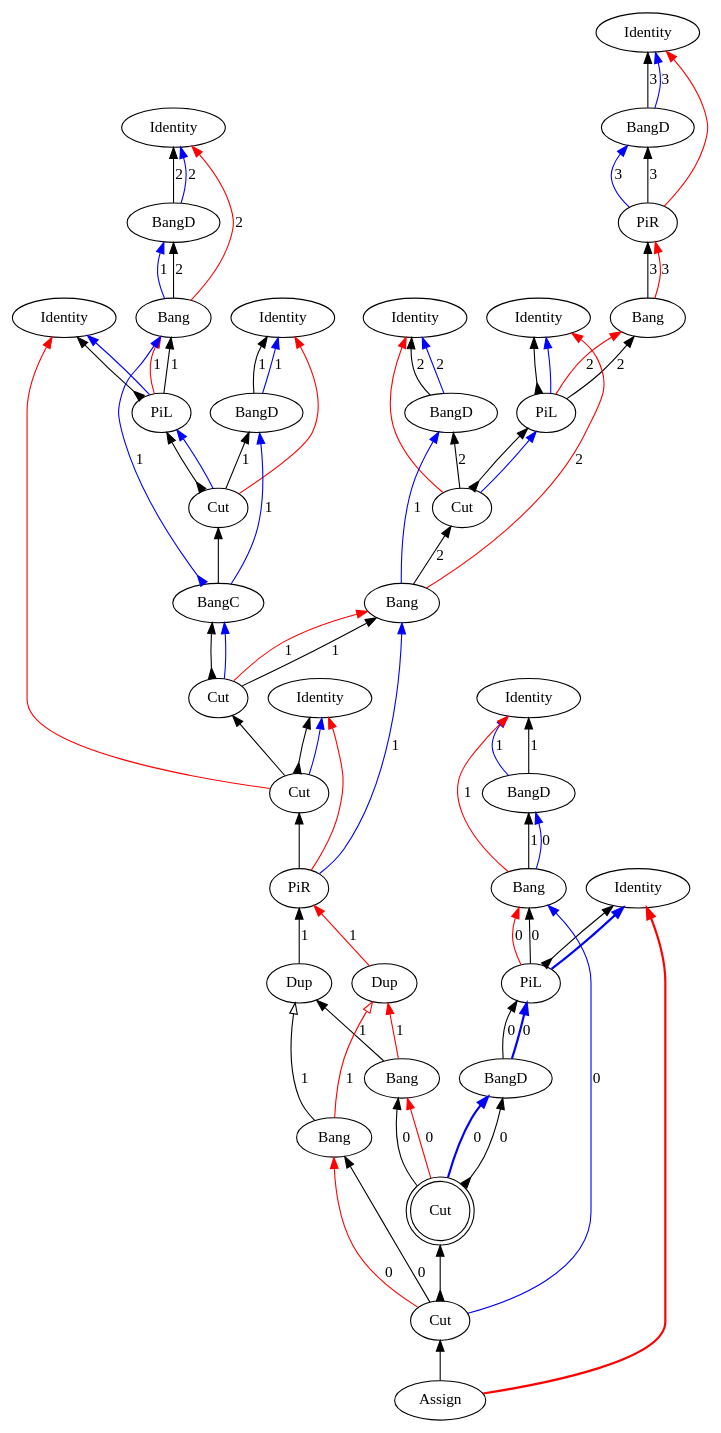
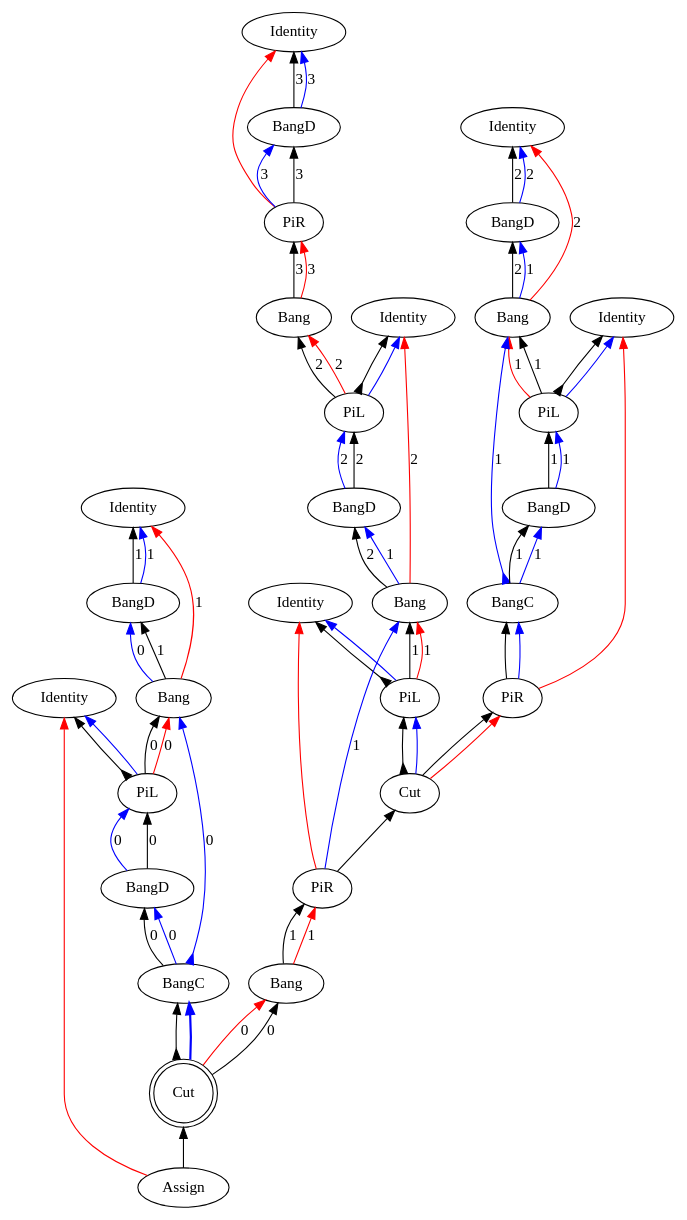
One commit to Mathnerd314/stroscot changed the diagram in src/core/graphs/example_m_5.dot. Above: the diagram before and after it, drawn with Graphviz. The commit also changed 88 other files, not shown here.

```diff
--- a/src/core/graphs/example_m_5.dot
+++ b/src/core/graphs/example_m_5.dot
@@ -6,110 +6,94 @@
 "Bang3" [label="Bang"]
 "Identity4" [label="Identity"]
 "PiL5" [label="PiL"]
-"Identity6" [label="Identity"]
-"BangD7" [label="BangD"]
-"Cut8" [label="Cut"]
-"Bang9" [label="Bang"]
+"BangD6" [label="BangD"]
+"Bang7" [label="Bang"]
+"Identity8" [label="Identity"]
+"PiL9" [label="PiL"]
 "Identity10" [label="Identity"]
-"Identity11" [label="Identity"]
-"BangD12" [label="BangD"]
-"Bang13" [label="Bang"]
-"Identity14" [label="Identity"]
-"PiL15" [label="PiL"]
-"Identity16" [label="Identity"]
-"BangD17" [label="BangD"]
+"BangD11" [label="BangD"]
+"Bang12" [label="Bang"]
+"Identity13" [label="Identity"]
+"PiL14" [label="PiL"]
+"BangD15" [label="BangD"]
+"BangC16" [label="BangC"]
+"PiR17" [label="PiR"]
 "Cut18" [label="Cut"]
-"BangC19" [label="BangC"]
-"PiR20" [label="PiR"]
+"PiR19" [label="PiR"]
+"Bang20" [label="Bang"]
 "Identity21" [label="Identity"]
 "BangD22" [label="BangD"]
 "Bang23" [label="Bang"]
 "Identity24" [label="Identity"]
 "PiL25" [label="PiL"]
 "BangD26" [label="BangD"]
-"Assign27" [label="Assign"]
-"Cut28" [label="Cut"]
-"Cut29" [label="Cut"]
-"Dup30" [label="Dup"]
-"Dup31" [label="Dup"]
-"Bang32" [label="Bang"]
-"Bang33" [label="Bang"]
-"Cut34" [label="Cut",shape=doublecircle]
-"Cut35" [label="Cut"]
+"BangC27" [label="BangC"]
+"Assign28" [label="Assign"]
+"Cut29" [label="Cut",shape=doublecircle]
 "Bang23" -> "BangD22"[color=black,weight=5,tooltip="c_bseq24",label="1",arrowhead=normal,arrowtail=none,dir=both]
-"Dup30" -> "PiR20"[color=black,weight=5,tooltip="c_bseq32",label="1",arrowhead=normal,arrowtail=none,dir=both]
-"Bang13" -> "BangD12"[color=black,weight=5,tooltip="c_bseq58",label="2",arrowhead=normal,arrowtail=none,dir=both]
-"Bang9" -> "Cut8"[color=black,weight=5,tooltip="c_bseq67",label="2",arrowhead=normal,arrowtail=none,dir=both]
+"Bang20" -> "PiR19"[color=black,weight=5,tooltip="c_bseq32",label="1",arrowhead=normal,arrowtail=none,dir=both]
+"Bang12" -> "BangD11"[color=black,weight=5,tooltip="c_bseq58",label="2",arrowhead=normal,arrowtail=none,dir=both]
+"Bang7" -> "BangD6"[color=black,weight=5,tooltip="c_bseq67",label="2",arrowhead=normal,arrowtail=none,dir=both]
 "Bang3" -> "PiR2"[color=black,weight=5,tooltip="c_bseq79",label="3",arrowhead=normal,arrowtail=none,dir=both]
-"Bang32" -> "Dup30"[color=black,weight=5,tooltip="c_bseq87",label="1",arrowhead=normal,arrowtail=none,dir=both]
-"Bang33" -> "Dup30"[color=black,weight=5,tooltip="c_bseq91",label="1",arrowhead=onormal,arrowtail=none,dir=both]
-"Cut18" -> "PiL15"[color=black,weight=5,tooltip="c_lseq46",arrowhead=normal,arrowtail=inv,dir=both]
-"Cut8" -> "PiL5"[color=black,weight=5,tooltip="c_lseq68",arrowhead=normal,arrowtail=inv,dir=both]
-"Cut18" -> "BangD17"[color=black,weight=5,tooltip="c_rseq47",label="1",arrowhead=normal,arrowtail=none,dir=both]
-"Cut8" -> "BangD7"[color=black,weight=5,tooltip="c_rseq69",label="2",arrowhead=normal,arrowtail=none,dir=both]
+"Cut18" -> "PiL9"[color=black,weight=5,tooltip="c_lseq36",arrowhead=normal,arrowtail=inv,dir=both]
+"Cut18" -> "PiR17"[color=black,weight=5,tooltip="c_rseq37",arrowhead=normal,arrowtail=none,dir=both]
 "PiL25" -> "Bang23"[color=black,weight=5,tooltip="dseq20",label="0",arrowhead=normal,arrowtail=none,dir=both]
-"PiL15" -> "Bang13"[color=black,weight=5,tooltip="dseq54",label="1",arrowhead=normal,arrowtail=none,dir=both]
-"Cut28" -> "Bang9"[color=black,weight=5,tooltip="dseq63",label="1",arrowhead=normal,arrowtail=none,dir=both]
+"Cut29" -> "Bang20"[color=black,weight=5,tooltip="dseq29",label="0",arrowhead=normal,arrowtail=none,dir=both]
+"PiL14" -> "Bang12"[color=black,weight=5,tooltip="dseq54",label="1",arrowhead=normal,arrowtail=none,dir=both]
+"PiL9" -> "Bang7"[color=black,weight=5,tooltip="dseq63",label="1",arrowhead=normal,arrowtail=none,dir=both]
 "PiL5" -> "Bang3"[color=black,weight=5,tooltip="dseq76",label="2",arrowhead=normal,arrowtail=none,dir=both]
-"Cut34" -> "Bang32"[color=black,weight=5,tooltip="dseq89",label="0",arrowhead=normal,arrowtail=none,dir=both]
-"Cut35" -> "Bang33"[color=black,weight=5,tooltip="dseq93",label="0",arrowhead=normal,arrowtail=none,dir=both]
-"PiR20" -> "Bang9"[color=blue,weight=2,tooltip="h34",label="1",arrowhead=normal,arrowtail=none,dir=both]
-"Bang9" -> "BangD7"[color=blue,weight=2,tooltip="hf65",label="1",arrowhead=normal,arrowtail=none,dir=both]
-"BangD7" -> "Identity6"[color=blue,weight=2,tooltip="hret73",label="2",arrowhead=normal,arrowtail=none,dir=both]
-"BangD7" -> "Identity6"[color=black,weight=5,tooltip="hseq72",label="2",arrowhead=normal,arrowtail=none,dir=both]
+"PiR19" -> "Bang7"[color=blue,weight=2,tooltip="h34",label="1",arrowhead=normal,arrowtail=none,dir=both]
+"Bang7" -> "BangD6"[color=blue,weight=2,tooltip="hf65",label="1",arrowhead=normal,arrowtail=none,dir=both]
+"BangD6" -> "PiL5"[color=black,weight=5,tooltip="hseq72",label="2",arrowhead=normal,arrowtail=none,dir=both]
 "PiR2" -> "BangD1"[color=blue,weight=2,tooltip="i81",label="3",arrowhead=normal,arrowtail=none,dir=both]
 "PiL25" -> "Identity24"[color=black,weight=5,tooltip="idseq21",arrowhead=normal,arrowtail=inv,dir=both]
-"PiL15" -> "Identity14"[color=black,weight=5,tooltip="idseq55",arrowhead=normal,arrowtail=inv,dir=both]
-"Cut29" -> "Identity10"[color=black,weight=5,tooltip="idseq64",arrowhead=normal,arrowtail=inv,dir=both]
+"PiL14" -> "Identity13"[color=black,weight=5,tooltip="idseq55",arrowhead=normal,arrowtail=inv,dir=both]
+"PiL9" -> "Identity8"[color=black,weight=5,tooltip="idseq64",arrowhead=normal,arrowtail=inv,dir=both]
 "PiL5" -> "Identity4"[color=black,weight=5,tooltip="idseq77",arrowhead=normal,arrowtail=inv,dir=both]
 "BangD1" -> "Identity0"[color=blue,weight=2,tooltip="iret84",label="3",arrowhead=normal,arrowtail=none,dir=both]
 "BangD1" -> "Identity0"[color=black,weight=5,tooltip="iseq83",label="3",arrowhead=normal,arrowtail=none,dir=both]
-"PiL25" -> "Identity24"[color=blue,weight=2,tooltip="lret19",arrowhead=normal,arrowtail=none,penwidth=2,dir=both]
-"PiL15" -> "Identity14"[color=blue,weight=2,tooltip="lret53",arrowhead=normal,arrowtail=none,dir=both]
-"Cut29" -> "Identity10"[color=blue,weight=2,tooltip="lret62",arrowhead=normal,arrowtail=none,dir=both]
+"PiL25" -> "Identity24"[color=blue,weight=2,tooltip="lret19",arrowhead=normal,arrowtail=none,dir=both]
+"PiL14" -> "Identity13"[color=blue,weight=2,tooltip="lret53",arrowhead=normal,arrowtail=none,dir=both]
+"PiL9" -> "Identity8"[color=blue,weight=2,tooltip="lret62",arrowhead=normal,arrowtail=none,dir=both]
 "PiL5" -> "Identity4"[color=blue,weight=2,tooltip="lret75",arrowhead=normal,arrowtail=none,dir=both]
-"BangD26" -> "PiL25"[color=blue,weight=2,tooltip="lval14",label="0",arrowhead=normal,arrowtail=none,penwidth=2,dir=both]
-"Cut18" -> "PiL15"[color=blue,weight=2,tooltip="lval48",arrowhead=normal,arrowtail=none,dir=both]
-"Cut8" -> "PiL5"[color=blue,weight=2,tooltip="lval70",arrowhead=normal,arrowtail=none,dir=both]
+"BangD26" -> "PiL25"[color=blue,weight=2,tooltip="lval14",label="0",arrowhead=normal,arrowtail=none,dir=both]
+"Cut18" -> "PiL9"[color=blue,weight=2,tooltip="lval38",arrowhead=normal,arrowtail=none,dir=both]
+"BangD15" -> "PiL14"[color=blue,weight=2,tooltip="lval48",label="1",arrowhead=normal,arrowtail=none,dir=both]
+"BangD6" -> "PiL5"[color=blue,weight=2,tooltip="lval70",label="2",arrowhead=normal,arrowtail=none,dir=both]
 "PiL25" -> "Bang23"[color=red,weight=2,tooltip="newrret18",label="0",arrowhead=normal,arrowtail=none,dir=both]
-"PiL15" -> "Bang13"[color=red,weight=2,tooltip="newrret52",label="1",arrowhead=normal,arrowtail=none,dir=both]
-"Cut28" -> "Bang9"[color=red,weight=2,tooltip="newrret61",label="1",arrowhead=normal,arrowtail=none,dir=both]
+"Cut29" -> "Bang20"[color=red,weight=2,tooltip="newrret27",label="0",arrowhead=normal,arrowtail=none,dir=both]
+"PiL14" -> "Bang12"[color=red,weight=2,tooltip="newrret52",label="1",arrowhead=normal,arrowtail=none,dir=both]
+"PiL9" -> "Bang7"[color=red,weight=2,tooltip="newrret61",label="1",arrowhead=normal,arrowtail=none,dir=both]
 "PiL5" -> "Bang3"[color=red,weight=2,tooltip="newrret74",label="2",arrowhead=normal,arrowtail=none,dir=both]
-"Cut34" -> "Bang32"[color=red,weight=2,tooltip="newrret90",label="0",arrowhead=normal,arrowtail=none,dir=both]
-"Cut35" -> "Bang33"[color=red,weight=2,tooltip="newrret94",label="0",arrowhead=normal,arrowtail=none,dir=both]
 "Bang23" -> "Identity21"[color=red,weight=2,tooltip="newrretf23",label="1",arrowhead=normal,arrowtail=none,dir=both]
-"Dup31" -> "PiR20"[color=red,weight=2,tooltip="newrretf31",label="1",arrowhead=normal,arrowtail=none,dir=both]
-"Bang13" -> "Identity11"[color=red,weight=2,tooltip="newrretf57",label="2",arrowhead=normal,arrowtail=none,dir=both]
-"Bang9" -> "Identity4"[color=red,weight=2,tooltip="newrretf66",label="2",arrowhead=normal,arrowtail=none,dir=both]
+"Bang20" -> "PiR19"[color=red,weight=2,tooltip="newrretf31",label="1",arrowhead=normal,arrowtail=none,dir=both]
+"Bang12" -> "Identity10"[color=red,weight=2,tooltip="newrretf57",label="2",arrowhead=normal,arrowtail=none,dir=both]
+"Bang7" -> "Identity4"[color=red,weight=2,tooltip="newrretf66",label="2",arrowhead=normal,arrowtail=none,dir=both]
 "Bang3" -> "PiR2"[color=red,weight=2,tooltip="newrretf78",label="3",arrowhead=normal,arrowtail=none,dir=both]
-"Bang32" -> "Dup31"[color=red,weight=2,tooltip="newrretf88",label="1",arrowhead=normal,arrowtail=none,dir=both]
-"Bang33" -> "Dup31"[color=red,weight=2,tooltip="newrretf92",label="1",arrowhead=onormal,arrowtail=none,dir=both]
-"PiR20" -> "Identity10"[color=red,weight=2,tooltip="ret35",arrowhead=normal,arrowtail=none,dir=both]
-"Cut29" -> "Identity14"[color=red,weight=2,tooltip="ret42",arrowhead=normal,arrowtail=none,dir=both]
-"Assign27" -> "Identity24"[color=red,weight=2,tooltip="ret8",arrowhead=normal,arrowtail=none,penwidth=2,dir=both]
+"PiR19" -> "Identity8"[color=red,weight=2,tooltip="ret35",arrowhead=normal,arrowtail=none,dir=both]
+"PiR17" -> "Identity13"[color=red,weight=2,tooltip="ret42",arrowhead=normal,arrowtail=none,dir=both]
+"Assign28" -> "Identity24"[color=red,weight=2,tooltip="ret8",arrowhead=normal,arrowtail=none,dir=both]
 "PiR2" -> "Identity0"[color=red,weight=2,tooltip="ret82",arrowhead=normal,arrowtail=none,dir=both]
-"Assign27" -> "Cut35"[color=black,weight=5,tooltip="retseq0",arrowhead=normal,arrowtail=none,dir=both]
-"Cut18" -> "Identity16"[color=red,weight=2,tooltip="rval49",arrowhead=normal,arrowtail=none,dir=both]
-"Cut8" -> "Identity6"[color=red,weight=2,tooltip="rval71",arrowhead=normal,arrowtail=none,dir=both]
-"Cut34" -> "BangD26"[color=black,weight=5,tooltip="seq11",label="0",arrowhead=normal,arrowtail=inv,dir=both]
-"PiR20" -> "Cut29"[color=black,weight=5,tooltip="seq33",arrowhead=normal,arrowtail=none,dir=both]
-"Cut28" -> "BangC19"[color=black,weight=5,tooltip="seq40",arrowhead=normal,arrowtail=inv,dir=both]
-"BangC19" -> "Cut18"[color=black,weight=5,tooltip="seq45",arrowhead=normal,arrowtail=none,dir=both]
+"Assign28" -> "Cut29"[color=black,weight=5,tooltip="retseq0",arrowhead=normal,arrowtail=none,dir=both]
+"Cut18" -> "PiR17"[color=red,weight=2,tooltip="rval39",arrowhead=normal,arrowtail=none,dir=both]
+"BangC27" -> "BangD26"[color=black,weight=5,tooltip="seq11",label="0",arrowhead=normal,arrowtail=none,dir=both]
+"PiR19" -> "Cut18"[color=black,weight=5,tooltip="seq33",arrowhead=normal,arrowtail=none,dir=both]
+"PiR17" -> "BangC16"[color=black,weight=5,tooltip="seq40",arrowhead=normal,arrowtail=none,dir=both]
+"BangC16" -> "BangD15"[color=black,weight=5,tooltip="seq45",label="1",arrowhead=normal,arrowtail=none,dir=both]
+"Cut29" -> "BangC27"[color=black,weight=5,tooltip="seq6",arrowhead=normal,arrowtail=inv,dir=both]
 "PiR2" -> "BangD1"[color=black,weight=5,tooltip="seq80",label="3",arrowhead=normal,arrowtail=none,dir=both]
-"Cut35" -> "Cut34"[color=black,weight=5,tooltip="seqBC95",arrowhead=normal,arrowtail=inv,dir=both]
-"Cut29" -> "Cut28"[color=black,weight=5,tooltip="seqP86",arrowhead=normal,arrowtail=none,dir=both]
-"Cut34" -> "BangD26"[color=blue,weight=2,tooltip="xA9",label="0",arrowhead=normal,arrowtail=none,penwidth=2,dir=both]
-"Cut35" -> "Bang23"[color=blue,weight=2,tooltip="xB10",label="0",arrowhead=normal,arrowtail=none,dir=both]
+"Cut29" -> "BangC27"[color=blue,weight=2,tooltip="x7",arrowhead=normal,arrowtail=none,penwidth=2,dir=both]
+"BangC27" -> "BangD26"[color=blue,weight=2,tooltip="xA9",label="0",arrowhead=normal,arrowtail=none,dir=both]
+"BangC27" -> "Bang23"[color=blue,weight=2,tooltip="xB10",label="0",arrowhead=normal,arrowtail=inv,dir=both]
 "Bang23" -> "BangD22"[color=blue,weight=2,tooltip="xBf22",label="0",arrowhead=normal,arrowtail=none,dir=both]
 "BangD22" -> "Identity21"[color=blue,weight=2,tooltip="xret26",label="1",arrowhead=normal,arrowtail=none,dir=both]
 "BangD26" -> "PiL25"[color=black,weight=5,tooltip="xseq16",label="0",arrowhead=normal,arrowtail=none,dir=both]
 "BangD22" -> "Identity21"[color=black,weight=5,tooltip="xseq25",label="1",arrowhead=normal,arrowtail=none,dir=both]
-"Cut28" -> "BangC19"[color=blue,weight=2,tooltip="y41",arrowhead=normal,arrowtail=none,dir=both]
-"BangC19" -> "BangD17"[color=blue,weight=2,tooltip="yA43",label="1",arrowhead=normal,arrowtail=none,dir=both]
-"BangC19" -> "Bang13"[color=blue,weight=2,tooltip="yB44",label="1",arrowhead=normal,arrowtail=inv,dir=both]
-"Bang13" -> "BangD12"[color=blue,weight=2,tooltip="yBf56",label="1",arrowhead=normal,arrowtail=none,dir=both]
-"BangD17" -> "Identity16"[color=blue,weight=2,tooltip="yret51",label="1",arrowhead=normal,arrowtail=none,dir=both]
-"BangD12" -> "Identity11"[color=blue,weight=2,tooltip="yret60",label="2",arrowhead=normal,arrowtail=none,dir=both]
-"BangD17" -> "Identity16"[color=black,weight=5,tooltip="yseq50",label="1",arrowhead=normal,arrowtail=none,dir=both]
-"BangD12" -> "Identity11"[color=black,weight=5,tooltip="yseq59",label="2",arrowhead=normal,arrowtail=none,dir=both]
+"PiR17" -> "BangC16"[color=blue,weight=2,tooltip="y41",arrowhead=normal,arrowtail=none,dir=both]
+"BangC16" -> "BangD15"[color=blue,weight=2,tooltip="yA43",label="1",arrowhead=normal,arrowtail=none,dir=both]
+"BangC16" -> "Bang12"[color=blue,weight=2,tooltip="yB44",label="1",arrowhead=normal,arrowtail=inv,dir=both]
+"Bang12" -> "BangD11"[color=blue,weight=2,tooltip="yBf56",label="1",arrowhead=normal,arrowtail=none,dir=both]
+"BangD11" -> "Identity10"[color=blue,weight=2,tooltip="yret60",label="2",arrowhead=normal,arrowtail=none,dir=both]
+"BangD15" -> "PiL14"[color=black,weight=5,tooltip="yseq50",label="1",arrowhead=normal,arrowtail=none,dir=both]
+"BangD11" -> "Identity10"[color=black,weight=5,tooltip="yseq59",label="2",arrowhead=normal,arrowtail=none,dir=both]
 }
```
